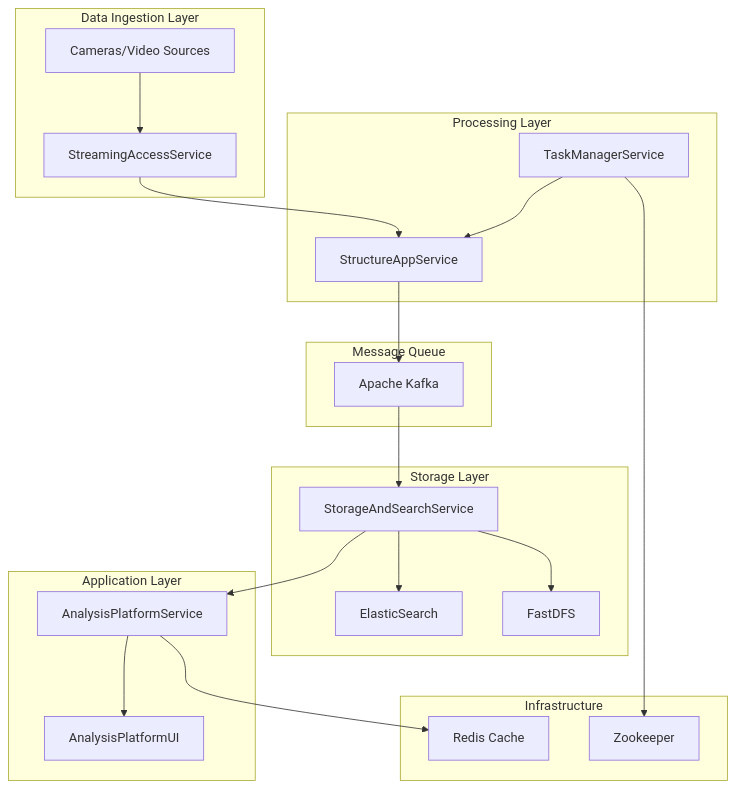
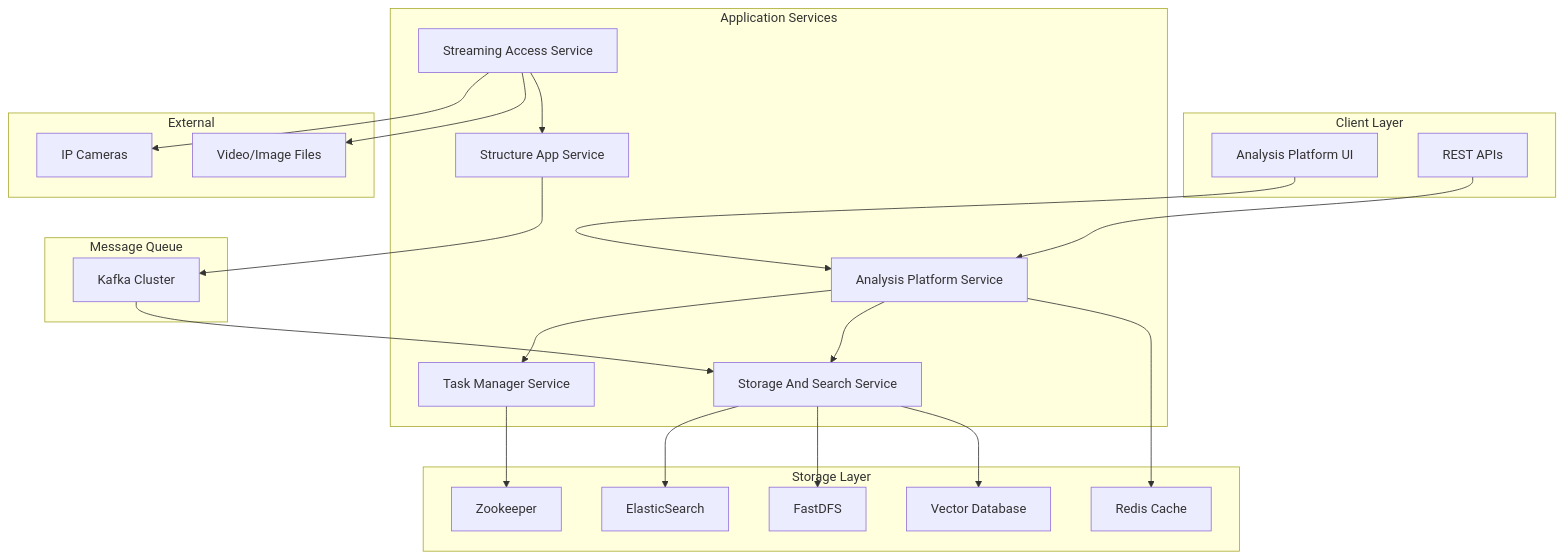
One commit to shayne007/blog changed the first of 3 diagrams in source/_posts/Design-Video-Image-Structure-Analysis-Platform.md. Above: the diagram before and after it, drawn with Mermaid. The commit also changed other lines of this file, not shown here.

Commit message:
update structured analysis

```diff
--- a/source/_posts/Design-Video-Image-Structure-Analysis-Platform.md
+++ b/source/_posts/Design-Video-Image-Structure-Analysis-Platform.md
@@ -12,42 +22,46 @@
 {% mermaid graph TB %}
-    subgraph "Data Ingestion Layer"
-        Camera[Cameras/Video Sources]
-        StreamService[StreamingAccessService]
-        Camera --> StreamService
+    subgraph "Client Layer"
+        UI[Analysis Platform UI]
+        API[REST APIs]
     end
     
-    subgraph "Processing Layer"
-        StructureApp[StructureAppService]
-        TaskManager[TaskManagerService]
-        StreamService --> StructureApp
-        TaskManager --> StructureApp
+    subgraph "Application Services"
+        APS[Analysis Platform Service]
+        TMS[Task Manager Service]
+        SAS[Streaming Access Service]
+        SAPS[Structure App Service]
+        SSS[Storage And Search Service]
     end
     
     subgraph "Message Queue"
-        Kafka[Apache Kafka]
-        StructureApp --> Kafka
+        KAFKA[Kafka Cluster]
     end
     
     subgraph "Storage Layer"
-        ElasticSearch[ElasticSearch]
-        FastDFS[FastDFS]
-        StorageService[StorageAndSearchService]
-        Kafka --> StorageService
-        StorageService --> ElasticSearch
-        StorageService --> FastDFS
+        REDIS[Redis Cache]
+        ES[ElasticSearch]
+        FASTDFS[FastDFS]
+        VECTOR[Vector Database]
+        ZK[Zookeeper]
     end
     
-    subgraph "Application Layer"
-        PlatformAPI[AnalysisPlatformService]
-        WebUI[AnalysisPlatformUI]
-        StorageService --> PlatformAPI
-        PlatformAPI --> WebUI
+    subgraph "External"
+        CAMERAS[IP Cameras]
+        FILES[Video/Image Files]
     end
     
-    subgraph "Infrastructure"
-        Redis[Redis Cache]
-        Zookeeper[Zookeeper]
-        PlatformAPI --> Redis
-        TaskManager --> Zookeeper
-    end
+    UI --> APS
+    API --> APS
+    APS --> TMS
+    APS --> SSS
+    TMS --> ZK
+    SAS --> CAMERAS
+    SAS --> FILES
+    SAS --> SAPS
+    SAPS --> KAFKA
+    KAFKA --> SSS
+    SSS --> ES
+    SSS --> FASTDFS
+    SSS --> VECTOR
+    APS --> REDIS
 {% endmermaid %}
```
